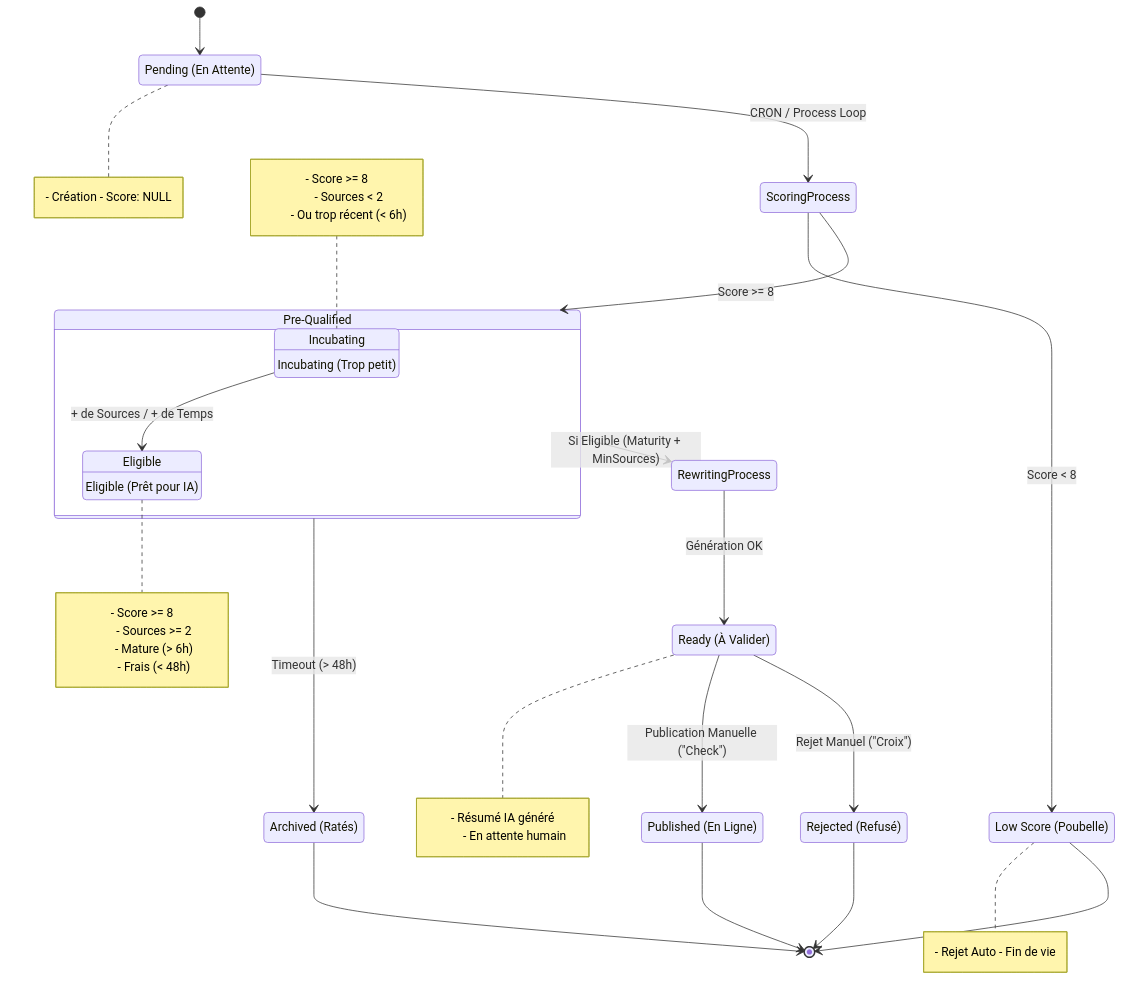
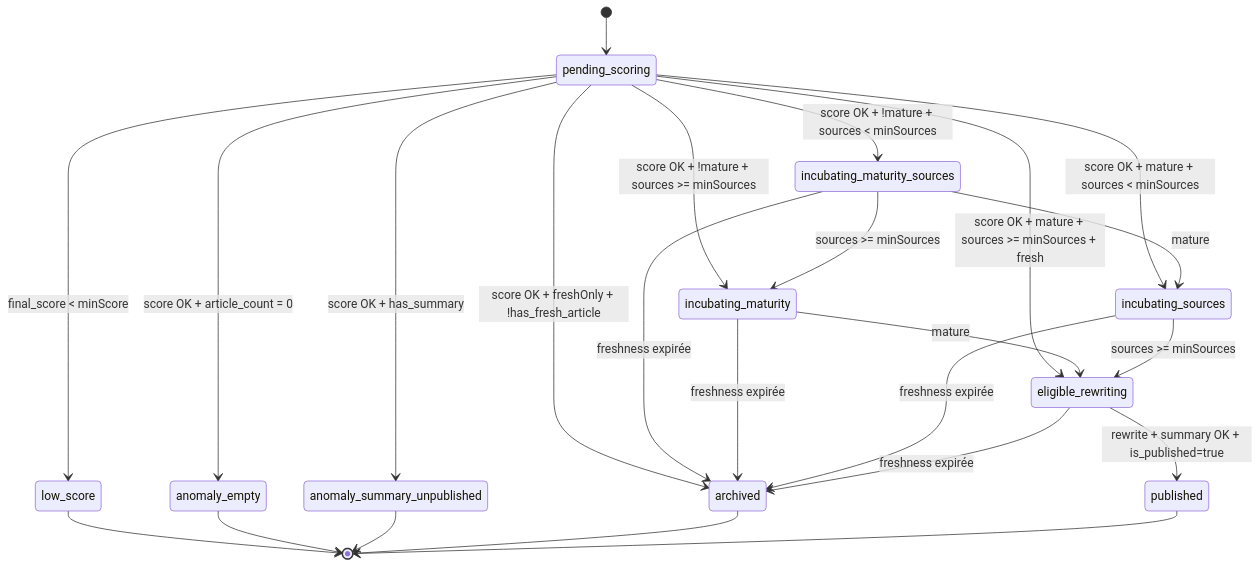
One commit to GianniDmc/Nexus changed the diagram in docs/STATE_GRAPH.md. Above: the diagram before and after it, drawn with Mermaid. The commit also changed other lines of this file and 31 other files, not shown here.

Commit message:
feat(editorial): align process, queue states, and dashboard reconciliation

````diff
--- a/docs/STATE_GRAPH.md
+++ b/docs/STATE_GRAPH.md
@@ -5,75 +10,44 @@
 ```mermaid
 stateDiagram-v2
     direction TB
 
-    %% Initial State
-    state "Pending (En Attente)" as Pending
-    note right of Pending
-        - Création
-        - Score: NULL
-    end note
+    [*] --> PendingScoring
 
-    %% Scoring Process
-    [*] --> Pending
-    Pending --> ScoringProcess: CRON / Process Loop
+    state "pending_scoring" as PendingScoring
+    state "low_score" as LowScore
+    state "anomaly_empty" as AnomalyEmpty
+    state "anomaly_summary_unpublished" as AnomalySummaryUnpublished
+    state "archived" as Archived
+    state "incubating_maturity_sources" as IncubatingBoth
+    state "incubating_maturity" as IncubatingMaturity
+    state "incubating_sources" as IncubatingSources
+    state "eligible_rewriting" as EligibleRewriting
+    state "published" as Published
 
-    state ScoringProcess <<choice>>
+    PendingScoring --> LowScore: final_score < minScore
+    PendingScoring --> AnomalyEmpty: score OK + article_count = 0
+    PendingScoring --> AnomalySummaryUnpublished: score OK + has_summary
+    PendingScoring --> Archived: score OK + freshOnly + !has_fresh_article
+    PendingScoring --> IncubatingBoth: score OK + !mature + sources < minSources
+    PendingScoring --> IncubatingMaturity: score OK + !mature + sources >= minSources
+    PendingScoring --> IncubatingSources: score OK + mature + sources < minSources
+    PendingScoring --> EligibleRewriting: score OK + mature + sources >= minSources + fresh
 
-    %% Scoring Outcomes
-    ScoringProcess --> LowScore: Score < 8
-    ScoringProcess --> PreQualified: Score >= 8
+    IncubatingBoth --> IncubatingMaturity: sources >= minSources
+    IncubatingBoth --> IncubatingSources: mature
+    IncubatingMaturity --> EligibleRewriting: mature
+    IncubatingSources --> EligibleRewriting: sources >= minSources
 
-    state "Low Score (Poubelle)" as LowScore
-    note right of LowScore
-        - Rejet Auto
-        - Fin de vie
-    end note
+    IncubatingBoth --> Archived: freshness expirée
+    IncubatingMaturity --> Archived: freshness expirée
+    IncubatingSources --> Archived: freshness expirée
+    EligibleRewriting --> Archived: freshness expirée
 
-    state "Pre-Qualified" as PreQualified {
-        state "Incubating" as Inc
-        state "Eligible" as Elig
-        
-        Inc --> Elig: + de Sources / + de Temps
-    }
+    EligibleRewriting --> Published: rewrite + summary OK + is_published=true
 
-    PreQualified --> Archived: Timeout (> 48h)
-    
-    %% Eligibility Logic
-    PreQualified --> RewritingProcess: Si Eligible (Maturity + MinSources)
-
-    state "Incubating (Trop petit)" as Inc
-    note left of Inc
-        - Score >= 8
-        - Sources < 2
-        - Ou trop récent (< 6h)
-    end note
-
-    state "Eligible (Prêt pour IA)" as Elig
-    note right of Elig
-        - Score >= 8
-        - Sources >= 2
-        - Mature (> 6h)
-        - Frais (< 48h)
-    end note
-
-    %% Review Process
-    state "Ready (À Valider)" as Ready
-    note right of Ready
-        - Résumé IA généré
-        - En attente humain
-    end note
-
-    RewritingProcess --> Ready: Génération OK
-    Ready --> Published: Publication Manuelle ("Check")
-    Ready --> Rejected: Rejet Manuel ("Croix")
-
-    %% End States
-    state "Published (En Ligne)" as Published
-    state "Archived (Ratés)" as Archived
-    state "Rejected (Refusé)" as Rejected
-
+    LowScore --> [*]
+    AnomalyEmpty --> [*]
+    AnomalySummaryUnpublished --> [*]
+    Archived --> [*]
     Published --> [*]
-    Archived --> [*]
-    Rejected --> [*]
-    LowScore --> [*]
 ```
````
